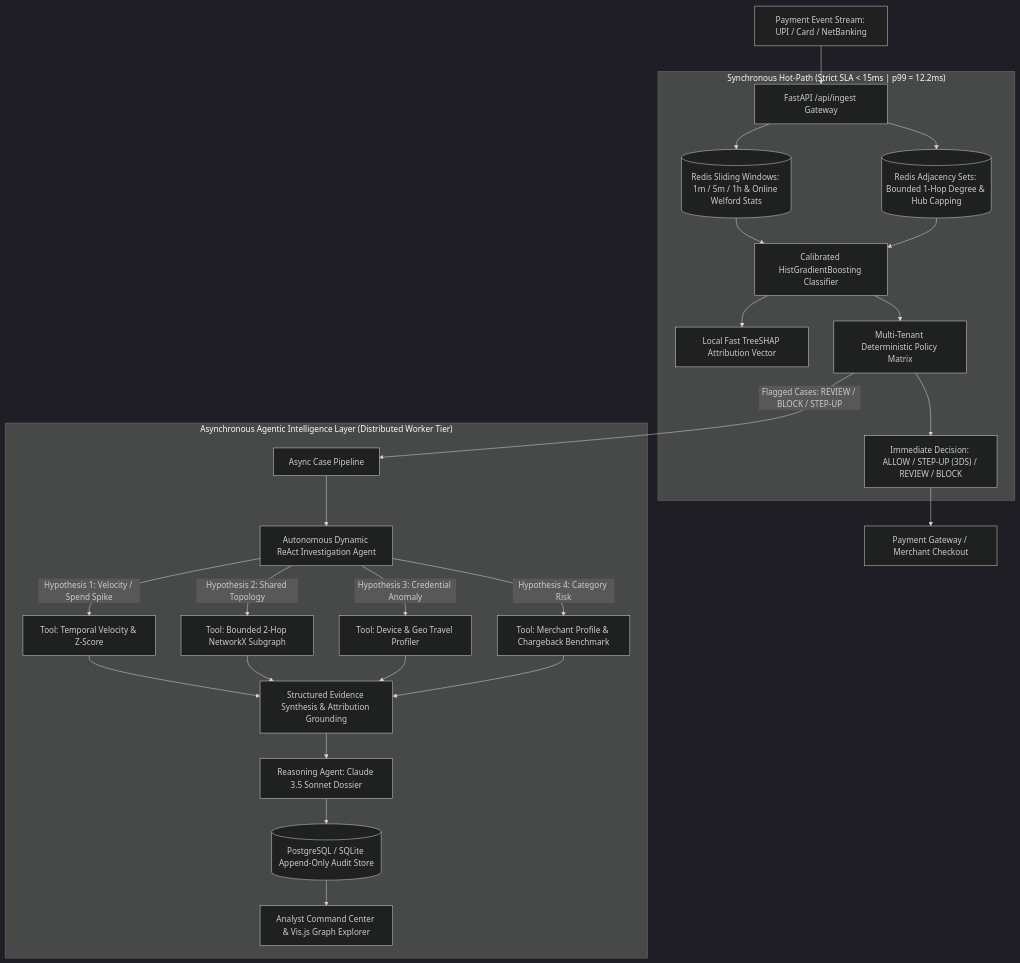
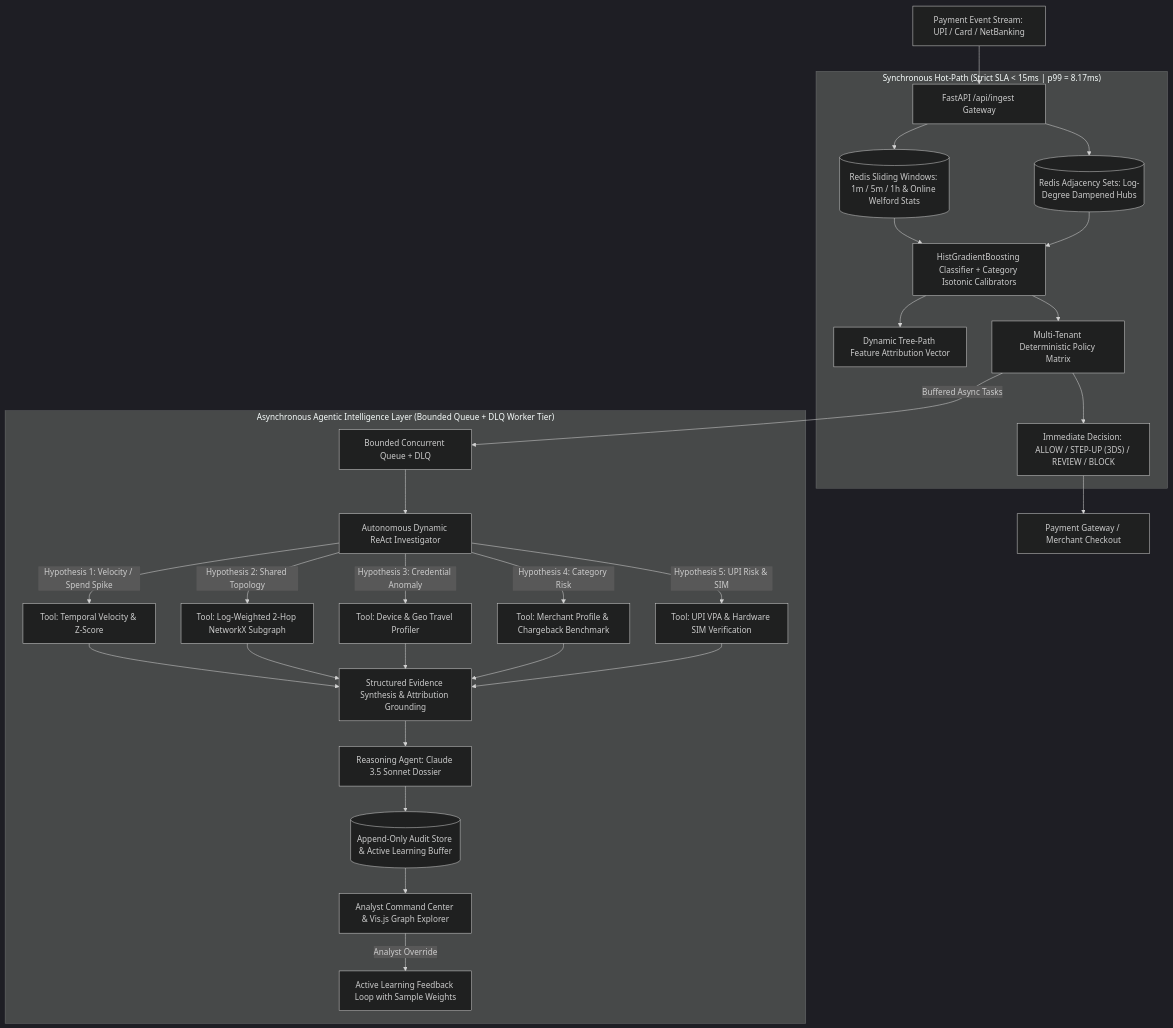
The diagram in ARCHITECTURE.md (aice18/razorpayriskIQ), drawn with Mermaid (dark theme) before and after one commit. The commit also changed other lines of this file and 20 other files, not shown here.

First line of the commit message:
feat(core): upgrade RiskIQ Sentinel to Senior AI Flagship architecture

````diff
--- a/ARCHITECTURE.md
+++ b/ARCHITECTURE.md
@@ -11,31 +11,33 @@
 ```mermaid
 flowchart TD
     TXN[Payment Event Stream: UPI / Card / NetBanking] --> API[FastAPI /api/ingest Gateway]
     
-    subgraph SYNC_PATH ["Synchronous Hot-Path (Strict SLA < 15ms | p99 = 12.2ms)"]
+    subgraph SYNC_PATH ["Synchronous Hot-Path (Strict SLA < 15ms | p99 = 8.17ms)"]
         API --> REDIS_FEAT[(Redis Sliding Windows: 1m / 5m / 1h & Online Welford Stats)]
-        API --> REDIS_GRAPH[(Redis Adjacency Sets: Bounded 1-Hop Degree & Hub Capping)]
+        API --> REDIS_GRAPH[(Redis Adjacency Sets: Log-Degree Dampened Hubs)]
         
-        REDIS_FEAT & REDIS_GRAPH --> MODEL[Calibrated HistGradientBoosting Classifier]
-        MODEL --> SHAP[Local Fast TreeSHAP Attribution Vector]
+        REDIS_FEAT & REDIS_GRAPH --> MODEL[HistGradientBoosting Classifier + Category Isotonic Calibrators]
+        MODEL --> SHAP[Dynamic Tree-Path Feature Attribution Vector]
         MODEL --> POLICY[Multi-Tenant Deterministic Policy Matrix]
         POLICY --> FAST_RESP["Immediate Decision: ALLOW / STEP-UP (3DS) / REVIEW / BLOCK"]
     end
     
     FAST_RESP --> GATEWAY[Payment Gateway / Merchant Checkout]
     
-    subgraph ASYNC_PATH ["Asynchronous Agentic Intelligence Layer (Distributed Worker Tier)"]
-        POLICY -->|Flagged Cases: REVIEW / BLOCK / STEP-UP| BG_QUEUE[Async Case Pipeline]
-        BG_QUEUE --> AGENT[Autonomous Dynamic ReAct Investigation Agent]
+    subgraph ASYNC_PATH ["Asynchronous Agentic Intelligence Layer (Bounded Queue + DLQ Worker Tier)"]
+        POLICY -->|Buffered Async Tasks| ASYNC_Q[Bounded Concurrent Queue + DLQ]
+        ASYNC_Q --> AGENT[Autonomous Dynamic ReAct Investigator]
         
         AGENT -->|Hypothesis 1: Velocity / Spend Spike| T1[Tool: Temporal Velocity & Z-Score]
-        AGENT -->|Hypothesis 2: Shared Topology| T2[Tool: Bounded 2-Hop NetworkX Subgraph]
+        AGENT -->|Hypothesis 2: Shared Topology| T2[Tool: Log-Weighted 2-Hop NetworkX Subgraph]
         AGENT -->|Hypothesis 3: Credential Anomaly| T3[Tool: Device & Geo Travel Profiler]
         AGENT -->|Hypothesis 4: Category Risk| T4[Tool: Merchant Profile & Chargeback Benchmark]
+        AGENT -->|Hypothesis 5: UPI Risk & SIM| T5[Tool: UPI VPA & Hardware SIM Verification]
         
-        T1 & T2 & T3 & T4 --> SYNTH[Structured Evidence Synthesis & Attribution Grounding]
+        T1 & T2 & T3 & T4 & T5 --> SYNTH[Structured Evidence Synthesis & Attribution Grounding]
         SYNTH --> REASON[Reasoning Agent: Claude 3.5 Sonnet Dossier]
-        REASON --> AUDIT[(PostgreSQL / SQLite Append-Only Audit Store)]
+        REASON --> AUDIT[(Append-Only Audit Store & Active Learning Buffer)]
         AUDIT --> UI[Analyst Command Center & Vis.js Graph Explorer]
+        UI -->|Analyst Override| FEEDBACK[Active Learning Feedback Loop with Sample Weights]
     end
 ```
````
